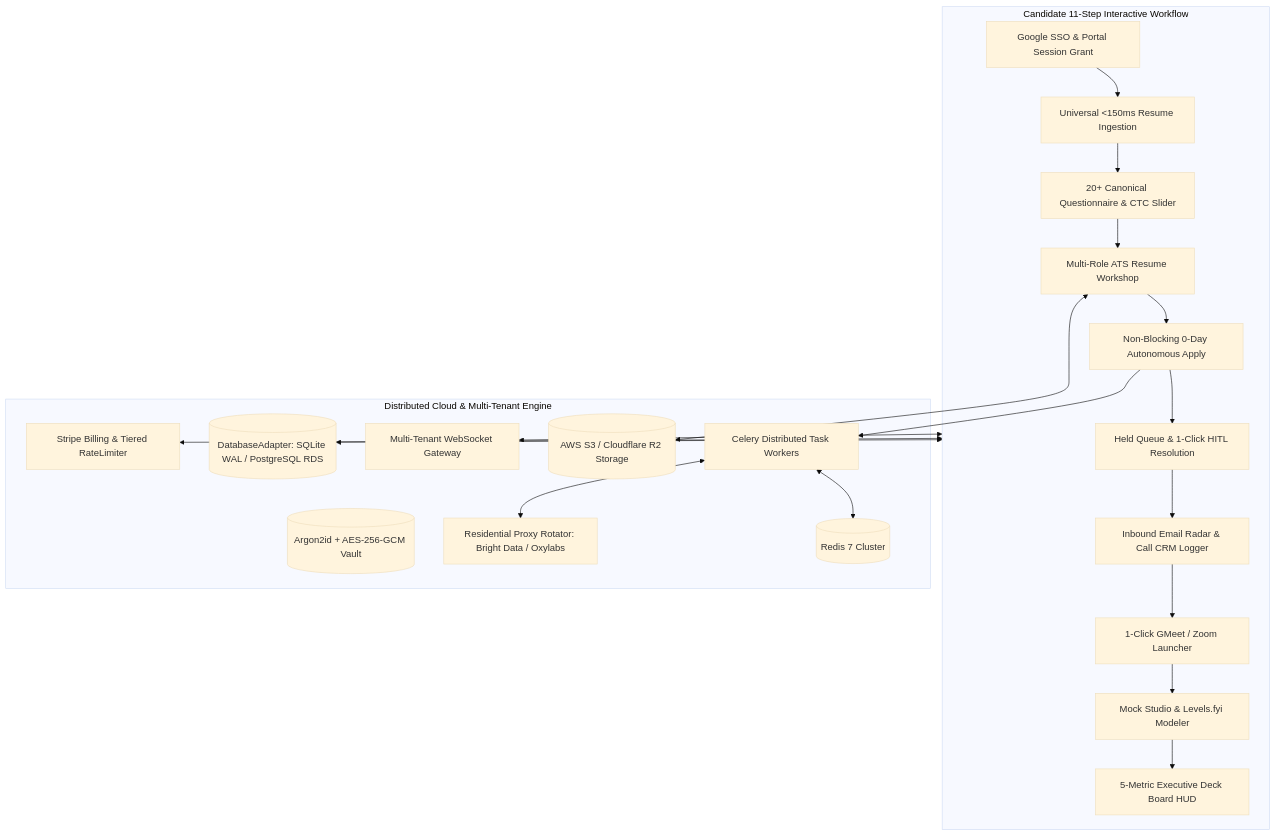
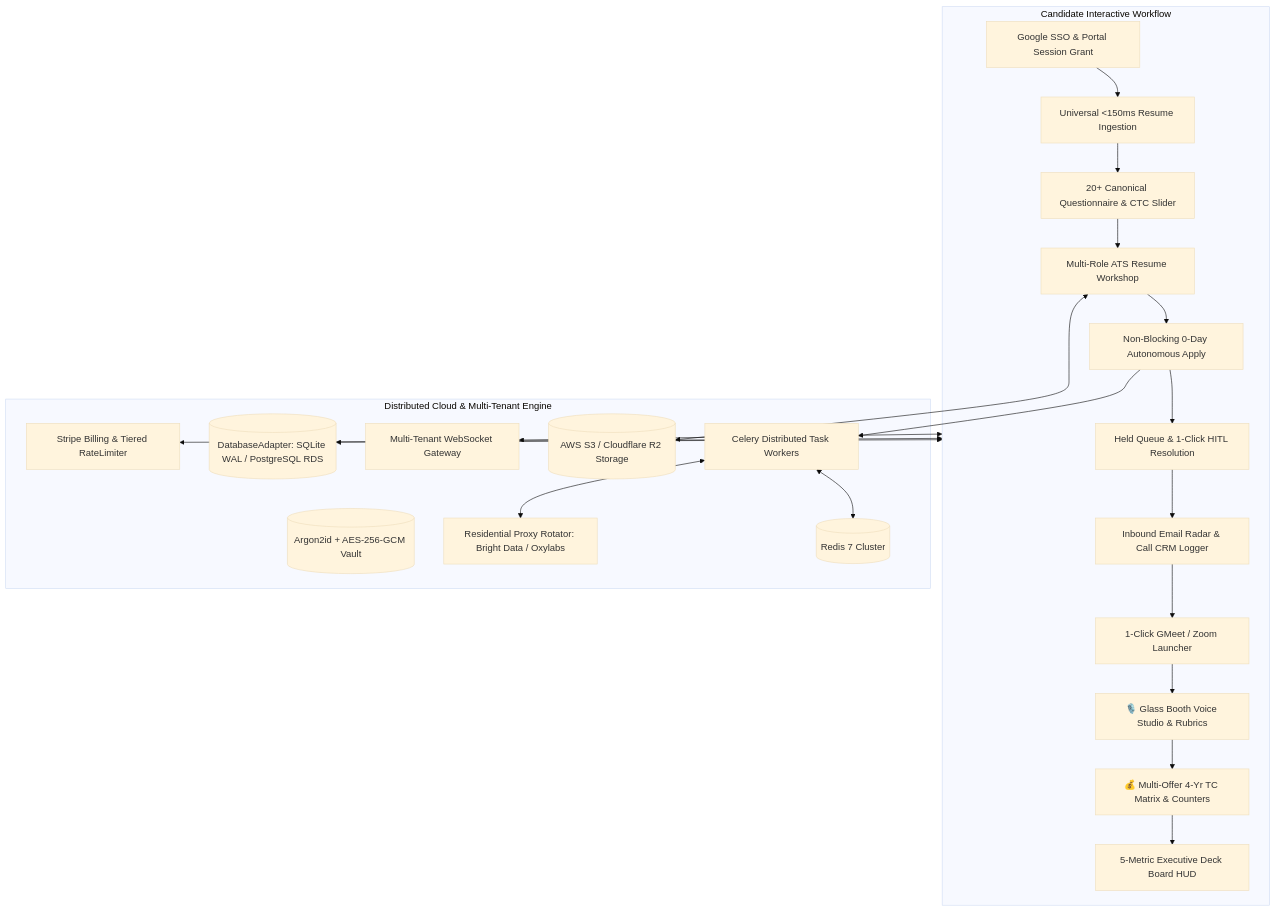
The diagram in README.md (satyajit7018/JobCopilot), drawn with Mermaid (base theme) before and after one commit. The commit also changed other lines of this file, not shown here.

````diff
--- a/README.md
+++ b/README.md
@@ -16,33 +56,34 @@
 ```mermaid
 flowchart TD
-    subgraph CandidateJourney [Candidate 11-Step Interactive Workflow]
+    subgraph CandidateJourney [Candidate Interactive Workflow]
         A[Google SSO & Portal Session Grant] --> B[Universal <150ms Resume Ingestion]
         B --> C[20+ Canonical Questionnaire & CTC Slider]
         C --> D[Multi-Role ATS Resume Workshop]
         D --> E[Non-Blocking 0-Day Autonomous Apply]
         E --> F[Held Queue & 1-Click HITL Resolution]
         F --> G[Inbound Email Radar & Call CRM Logger]
         G --> H[1-Click GMeet / Zoom Launcher]
-        H --> I[Mock Studio & Levels.fyi Modeler]
-        I --> J[5-Metric Executive Deck Board HUD]
+        H --> I[🎙️ Glass Booth Voice Studio & Rubrics]
+        I --> J[💰 Multi-Offer 4-Yr TC Matrix & Counters]
+        J --> K[5-Metric Executive Deck Board HUD]
     end
 
     subgraph DistributedSaaS [Distributed Cloud & Multi-Tenant Engine]
         DB[(DatabaseAdapter: SQLite WAL / PostgreSQL RDS)]
         Vault[(Argon2id + AES-256-GCM Vault)]
         Redis[(Redis 7 Cluster)]
         CeleryWorker[Celery Distributed Task Workers]
         S3Storage[(AWS S3 / Cloudflare R2 Storage)]
         ProxyPool[Residential Proxy Rotator: Bright Data / Oxylabs]
         WSGateway[Multi-Tenant WebSocket Gateway]
         StripeGateway[Stripe Billing & Tiered RateLimiter]
     end
 
     CandidateJourney <--> WSGateway
     CandidateJourney <--> DB
     E --> CeleryWorker
     CeleryWorker <--> Redis
     CeleryWorker <--> ProxyPool
     D <--> S3Storage
     CandidateJourney <--> StripeGateway
 ```
````
